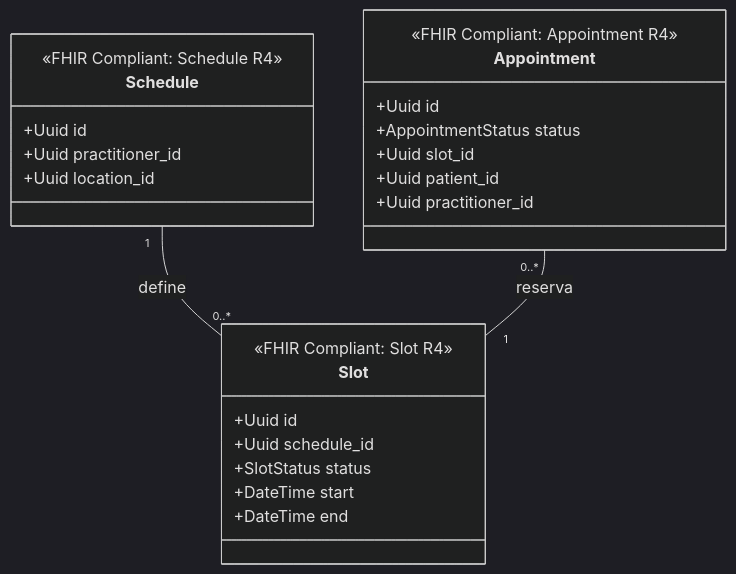
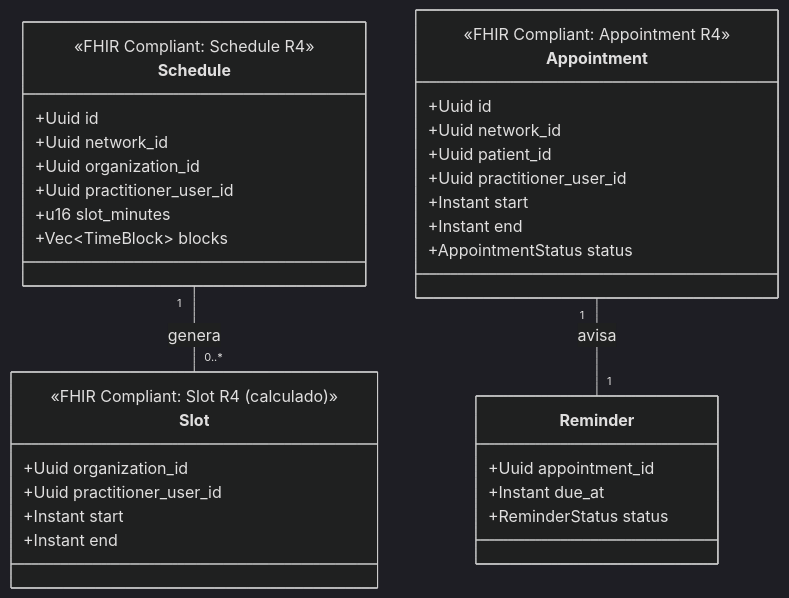
One commit to mamba-black/my-health-record changed the diagram in backend/crates/scheduling/AGENTS.md. Above: the diagram before and after it, drawn with Mermaid (dark theme). The commit also changed other lines of this file and 49 other files, not shown here.

````diff
--- a/backend/crates/scheduling/AGENTS.md
+++ b/backend/crates/scheduling/AGENTS.md
@@ -24,30 +39,40 @@
 ```mermaid
 classDiagram
     class Schedule {
         <<FHIR Compliant: Schedule R4>>
         +Uuid id
-        +Uuid practitioner_id
-        +Uuid location_id
+        +Uuid network_id
+        +Uuid organization_id
+        +Uuid practitioner_user_id
+        +u16 slot_minutes
+        +Vec~TimeBlock~ blocks
     }
 
     class Slot {
-        <<FHIR Compliant: Slot R4>>
-        +Uuid id
-        +Uuid schedule_id
-        +SlotStatus status
-        +DateTime start
-        +DateTime end
+        <<FHIR Compliant: Slot R4 (calculado)>>
+        +Uuid organization_id
+        +Uuid practitioner_user_id
+        +Instant start
+        +Instant end
     }
 
     class Appointment {
         <<FHIR Compliant: Appointment R4>>
         +Uuid id
+        +Uuid network_id
+        +Uuid patient_id
+        +Uuid practitioner_user_id
+        +Instant start
+        +Instant end
         +AppointmentStatus status
-        +Uuid slot_id
-        +Uuid patient_id
-        +Uuid practitioner_id
     }
 
-    Schedule "1" -- "0..*" Slot : define
-    Appointment "0..*" -- "1" Slot : reserva
+    class Reminder {
+        +Uuid appointment_id
+        +Instant due_at
+        +ReminderStatus status
+    }
+
+    Schedule "1" -- "0..*" Slot : genera
+    Appointment "1" -- "1" Reminder : avisa
 ```
````
